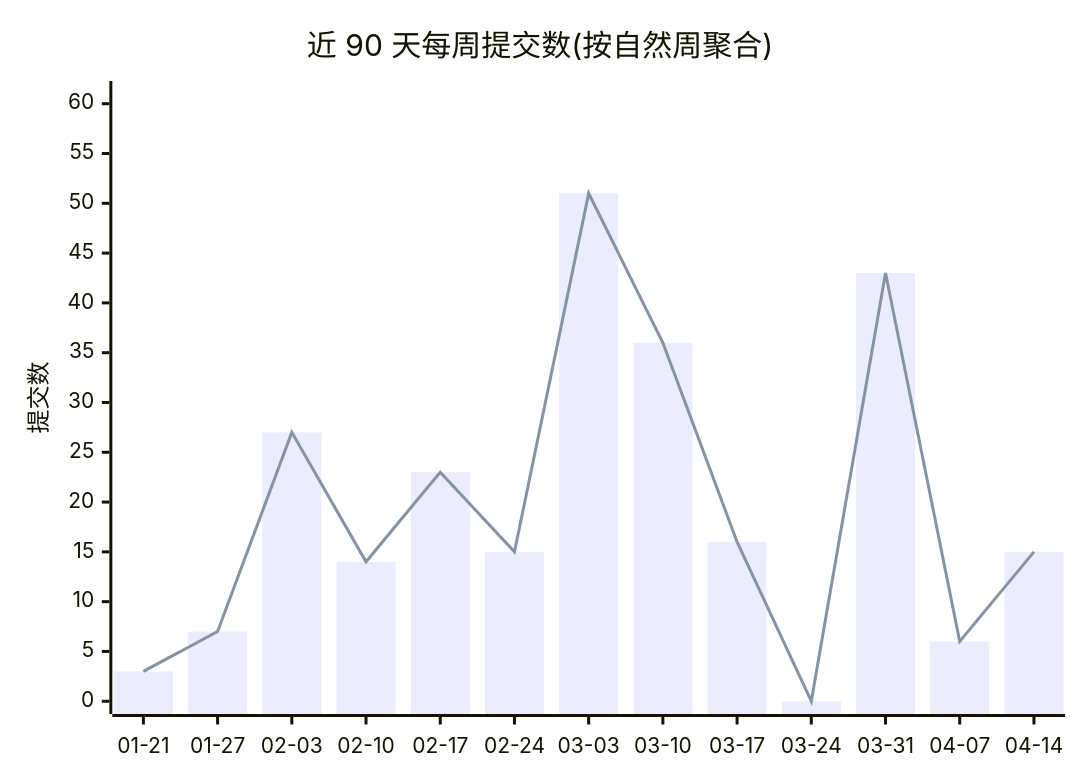
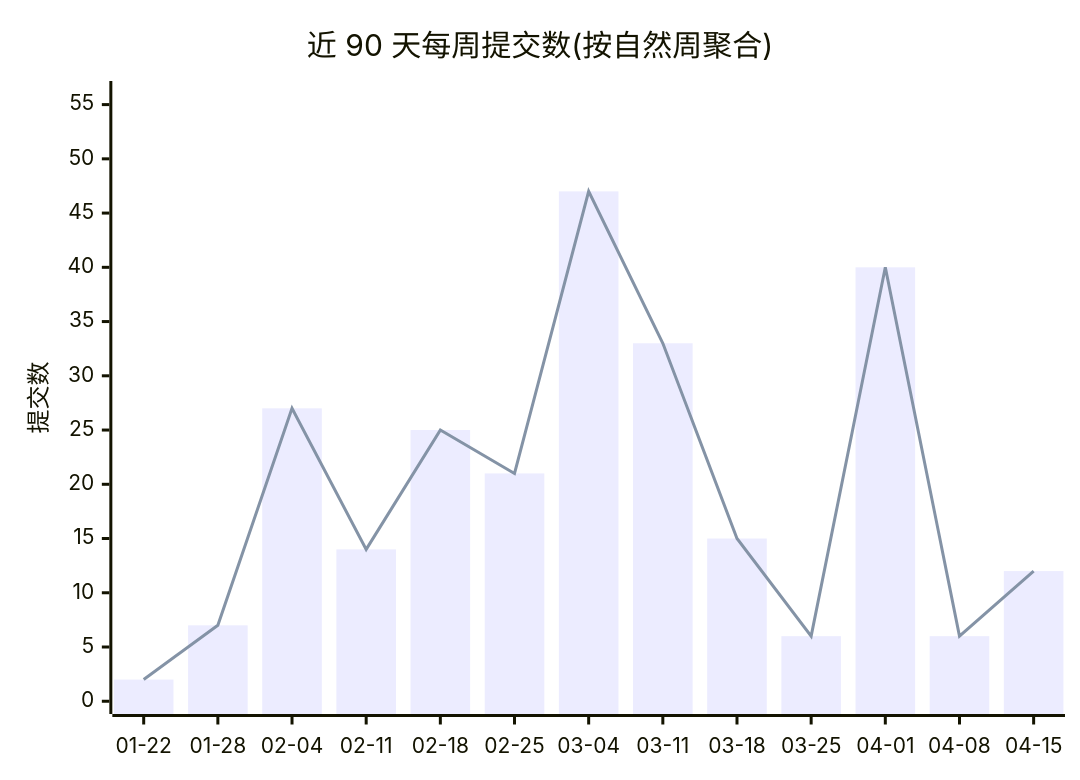
One commit to Conflux-Union/.github changed the first of 2 diagrams in profile/README.md. Above: the diagram before and after it, drawn with Mermaid. The commit also changed other lines of this file and 1 other file, not shown here.

Commit message:
chore(stats): refresh org commit stats

````diff
--- a/profile/README.md
+++ b/profile/README.md
@@ -44,8 +44,8 @@
 ```mermaid
 xychart-beta
     title "近 90 天每周提交数(按自然周聚合)"
-    x-axis ["01-21", "01-27", "02-03", "02-10", "02-17", "02-24", "03-03", "03-10", "03-17", "03-24", "03-31", "04-07", "04-14"]
-    y-axis "提交数" 0 --> 61
-    bar [3, 7, 27, 14, 23, 15, 51, 36, 16, 0, 43, 6, 15]
-    line [3, 7, 27, 14, 23, 15, 51, 36, 16, 0, 43, 6, 15]
+    x-axis ["01-22", "01-28", "02-04", "02-11", "02-18", "02-25", "03-04", "03-11", "03-18", "03-25", "04-01", "04-08", "04-15"]
+    y-axis "提交数" 0 --> 56
+    bar [2, 7, 27, 14, 25, 21, 47, 33, 15, 6, 40, 6, 12]
+    line [2, 7, 27, 14, 25, 21, 47, 33, 15, 6, 40, 6, 12]
 ```
````
